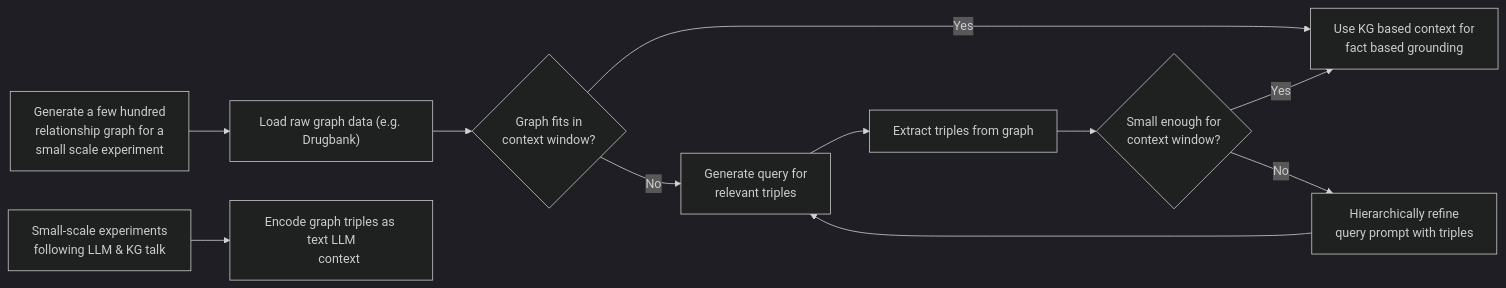
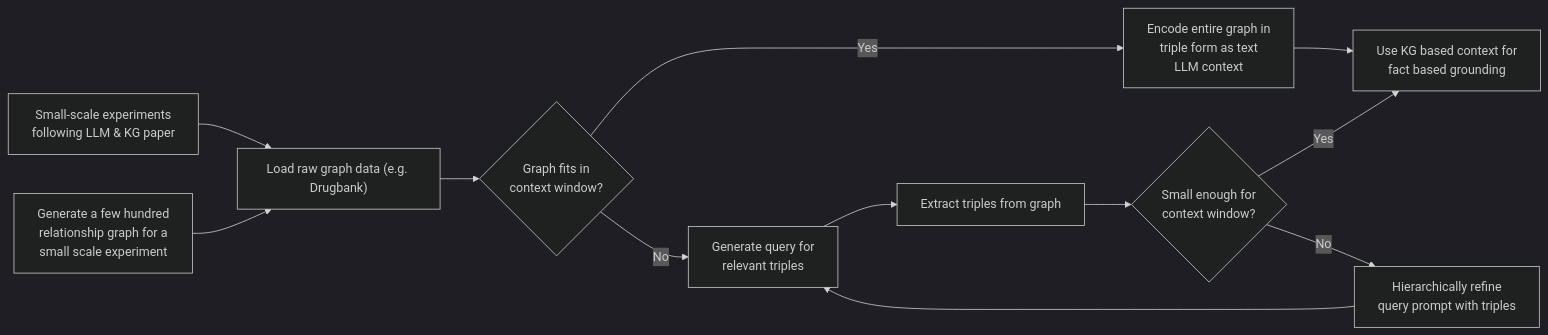
One commit to collaborativebioinformatics/graphbasedtuning changed the diagram in README.md. Above: the diagram before and after it, drawn with Mermaid (dark theme).

````diff
--- a/README.md
+++ b/README.md
@@ -4,32 +4,34 @@
 ```mermaid
 graph LR;
   A["Small-scale experiments
-  following LLM & KG talk"]
+  following LLM & KG paper"]
   B["Generate a few hundred
    relationship graph for a
    small scale experiment"]
   D["Load raw graph data (e.g. Drugbank)"]
-  C["Encode graph triples as text LLM
-     context"]
+  C["Encode entire graph in
+    triple form as text
+    LLM context"]
   X["Use KG based context for
 fact based grounding"]
   E{"Graph fits in
 context window?"}
   F["Generate query for
  relevant triples"]
   G["Extract triples from graph"]
   H{"Small enough for
 context window?"}
   I["Hierarchically refine
 query prompt with triples"]
-  A-->C
+  A-->D
   B-->D
   D-->E
-  E-->|Yes|X
+  E-->|Yes|C
+  C-->X
   E-->|No|F
   F-->G
   G-->H
   H-->|Yes|X
   H-->|No|I
   I-->F
 ```
````
